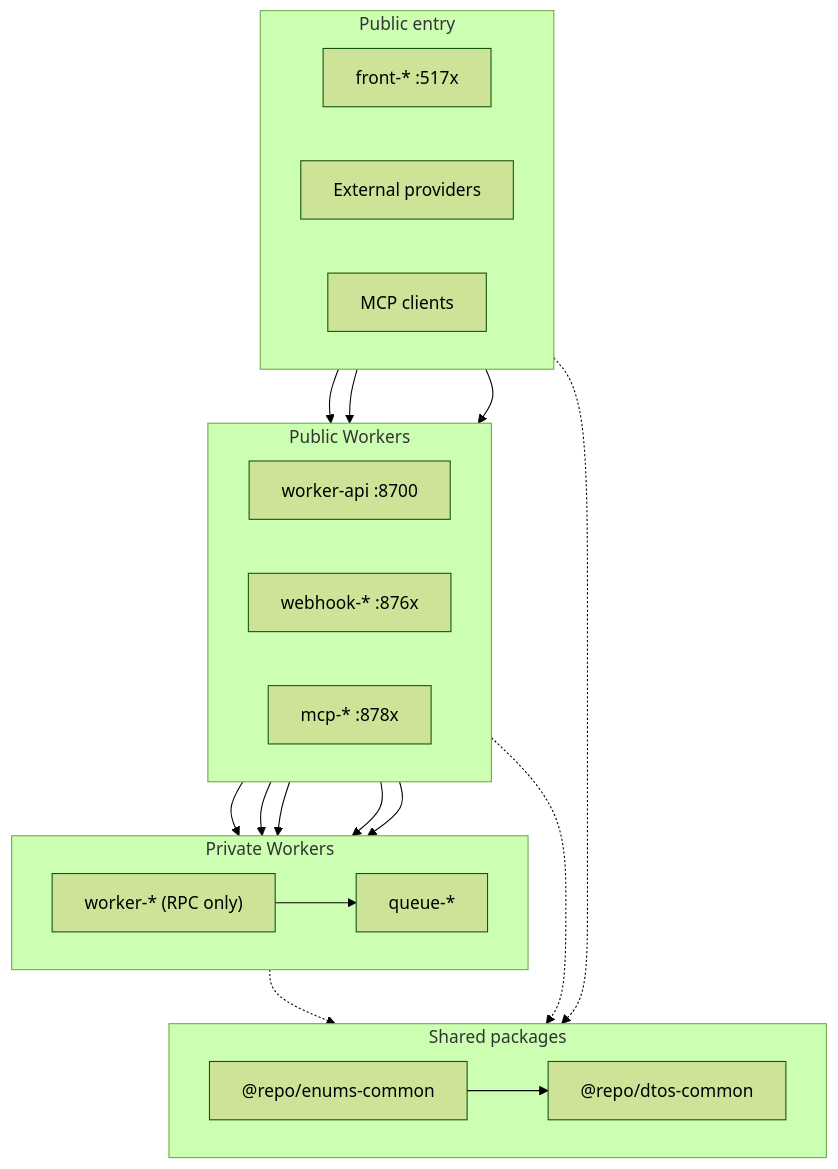
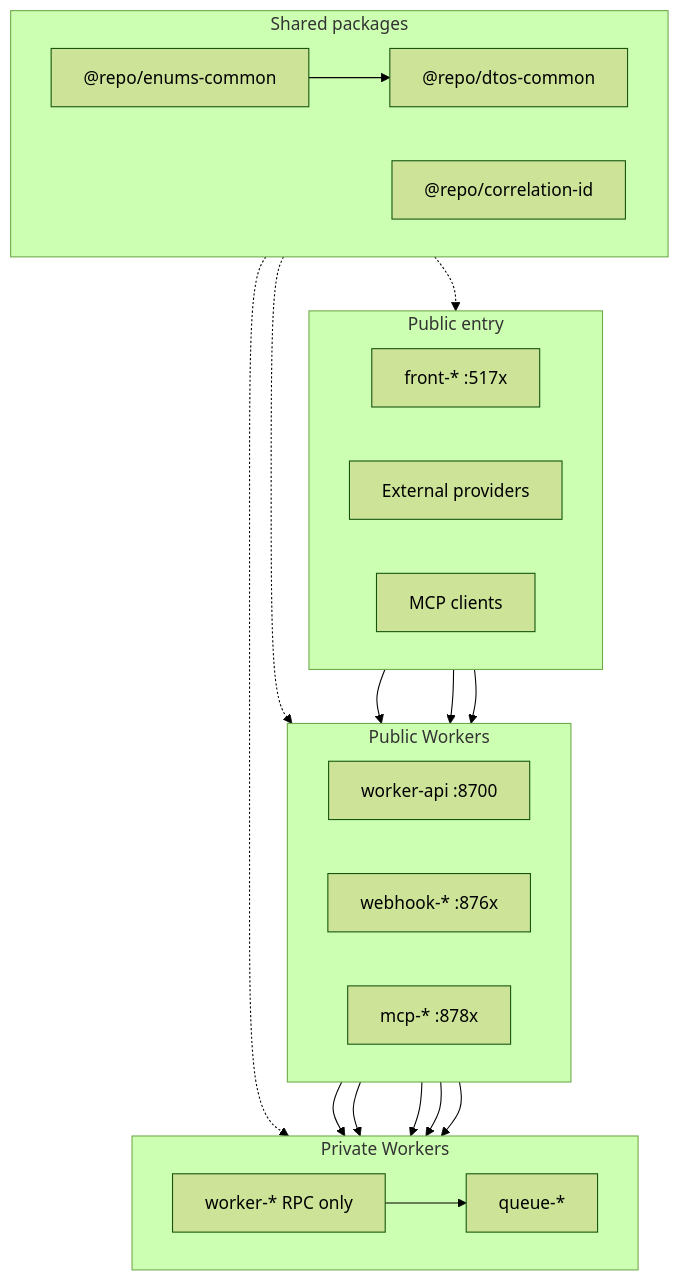
One commit to louisbrulenaudet/monorepo-template changed the diagram in README.md. Above: the diagram before and after it, drawn with Mermaid (forest theme). The commit also changed other lines of this file and 157 other files, not shown here.

````diff
--- a/README.md
+++ b/README.md
@@ -38,45 +13,46 @@
 ```mermaid
 flowchart TB
   subgraph entry [Public entry]
     direction LR
     Front["front-* :517x"]
     Ext["External providers"]
     McpClients["MCP clients"]
   end
 
   subgraph publicWorkers [Public Workers]
     direction LR
     Gateway["worker-api :8700"]
     Webhook["webhook-* :876x"]
     Mcp["mcp-* :878x"]
   end
 
   subgraph privateWorkers [Private Workers]
     direction LR
-    Biz["worker-* (RPC only)"]
+    Biz["worker-* RPC only"]
     Queue["queue-*"]
   end
 
   subgraph shared [Shared packages]
     direction LR
     Enums["@repo/enums-common"]
     DTOs["@repo/dtos-common"]
+    Corr["@repo/correlation-id"]
     Enums --> DTOs
   end
 
   Front --> Gateway
   Ext --> Webhook
   McpClients --> Mcp
 
   Gateway --> Biz
   Webhook --> Biz
   Mcp --> Biz
 
   Gateway --> Queue
   Webhook --> Queue
   Biz --> Queue
 
-  Front -.-> shared
-  publicWorkers -.-> shared
-  privateWorkers -.-> shared
+  shared -.-> Front
+  shared -.-> publicWorkers
+  shared -.-> privateWorkers
 ```
````
